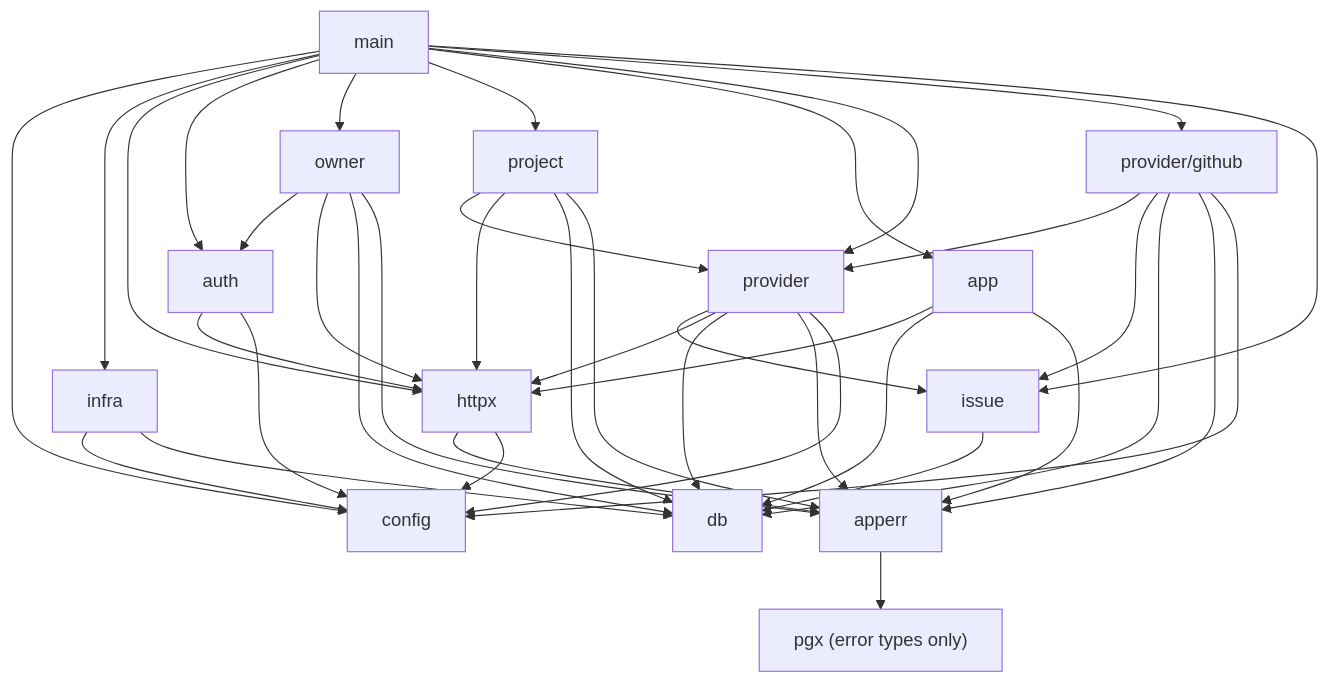
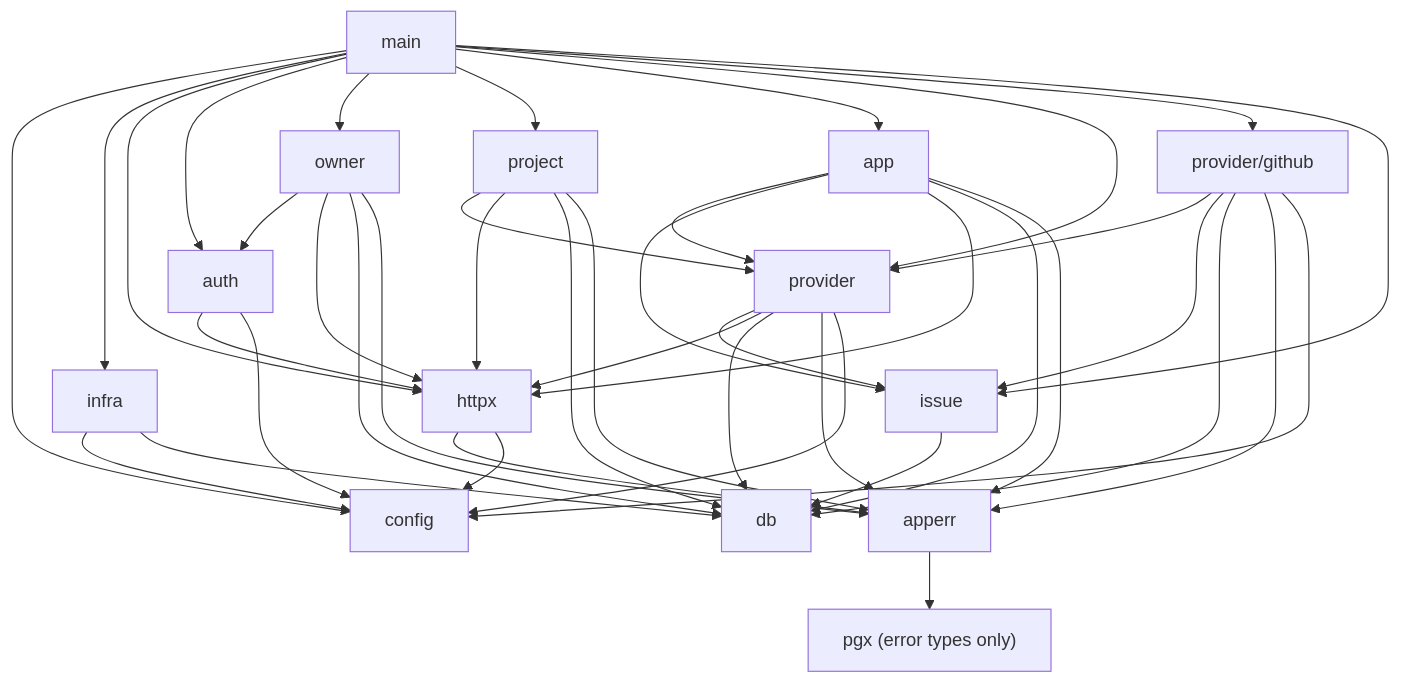
Before and after one commit to MicroClub-USTHB/m-Seismo: the second of 3 diagrams in backend/docs/architecture.md, drawn with Mermaid. The commit also changed other lines of this file and 12 other files, not shown here.

````diff
--- a/backend/docs/architecture.md
+++ b/backend/docs/architecture.md
@@ -133,15 +142,15 @@
 ```mermaid
 flowchart TD
     main --> config & infra & httpx & auth & owner & project & app & provider & github["provider/github"] & issue
 
     owner --> auth & httpx & db & apperr
     project --> provider & httpx & db & apperr
-    app --> httpx & db & apperr
+    app --> provider & issue & httpx & db & apperr
     provider --> issue & httpx & db & apperr & config
     github --> provider & issue & db & apperr & config
     issue --> db
     auth --> httpx & config
     httpx --> apperr & config
     infra --> config & db
     apperr --> pgx["pgx (error types only)"]
 ```
````
